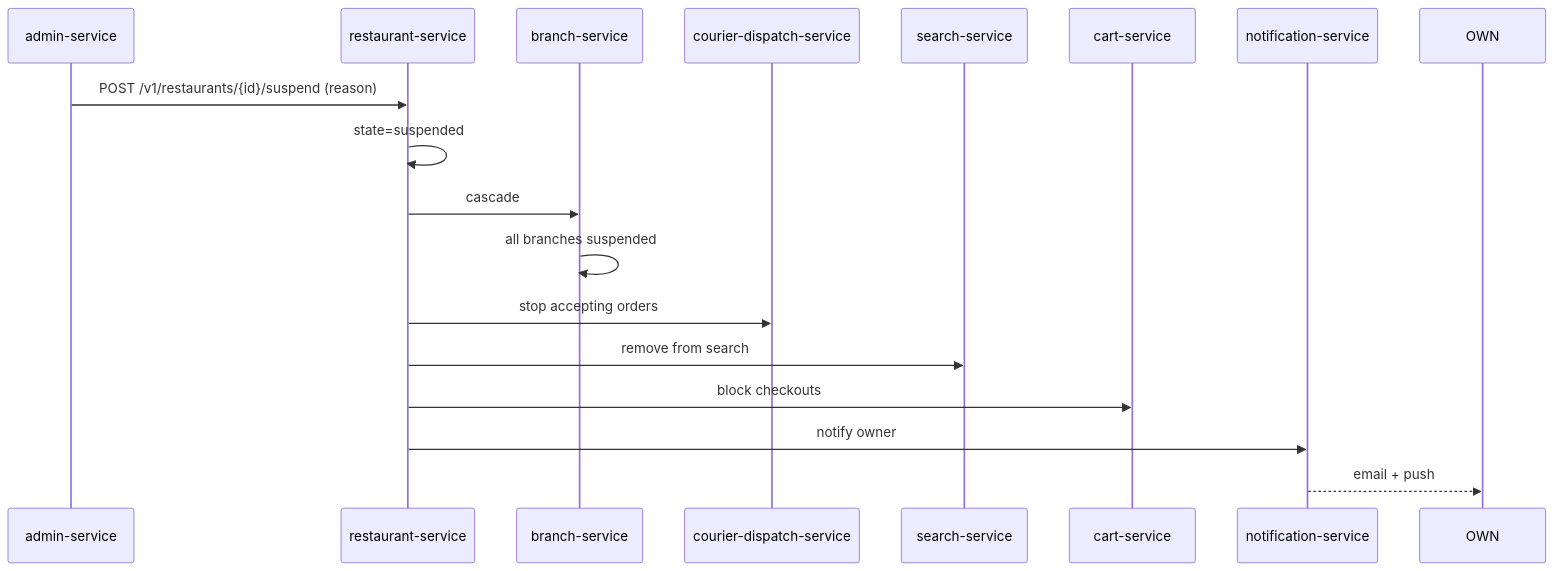
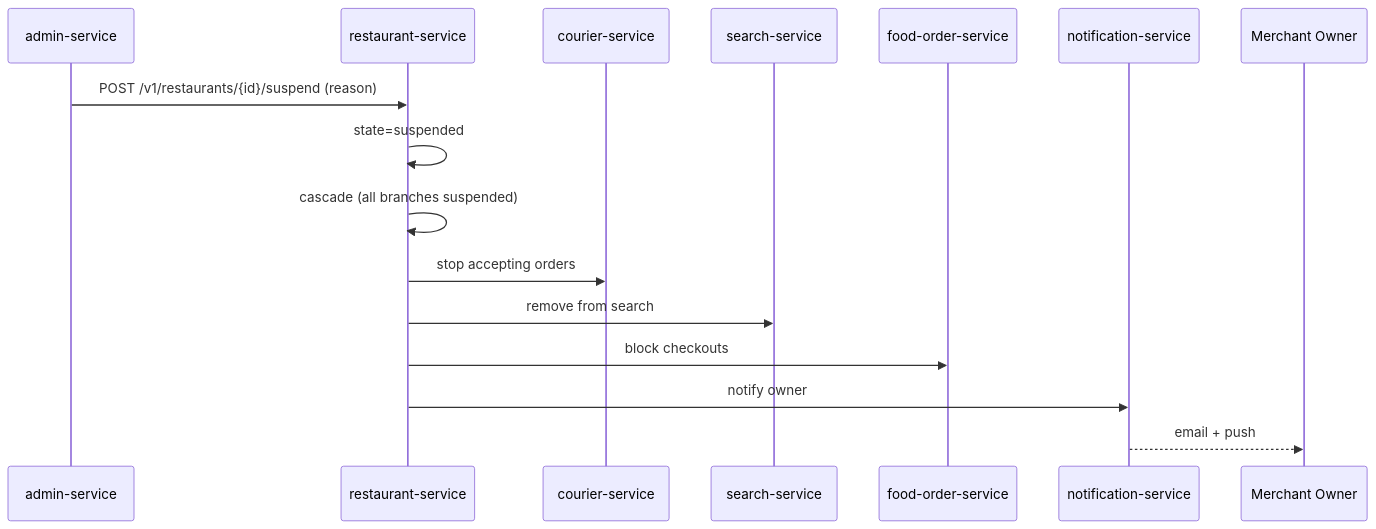
The eighth of 10 diagrams in docs/workflows/MERCHANT_WORKFLOWS.md (mohamedhabibwork/trips-enjoy-docs), drawn with Mermaid before and after one commit. The commit also changed other lines of this file and 525 other files, not shown here.

````diff
--- a/docs/workflows/MERCHANT_WORKFLOWS.md
+++ b/docs/workflows/MERCHANT_WORKFLOWS.md
@@ -192,20 +188,19 @@
 ```mermaid
 sequenceDiagram
     participant ADM as admin-service
     participant RES as restaurant-service
-    participant BRH as branch-service
-    participant CDP as courier-dispatch-service
+    participant COS as courier-service
     participant SR as search-service
-    participant CRT as cart-service
+    participant FOR as food-order-service
     participant NOT as notification-service
+    participant OWN as Merchant Owner
 
     ADM->>RES: POST /v1/restaurants/{id}/suspend (reason)
     RES->>RES: state=suspended
-    RES->>BRH: cascade
-    BRH->>BRH: all branches suspended
-    RES->>CDP: stop accepting orders
+    RES->>RES: cascade (all branches suspended)
+    RES->>COS: stop accepting orders
     RES->>SR: remove from search
-    RES->>CRT: block checkouts
+    RES->>FOR: block checkouts
     RES->>NOT: notify owner
     NOT-->>OWN: email + push
 ```
````
